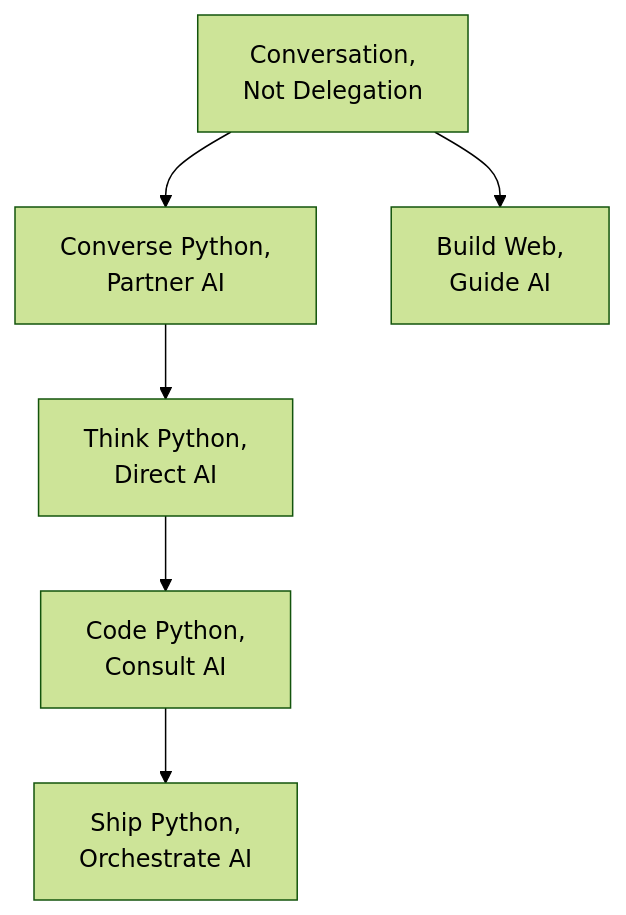
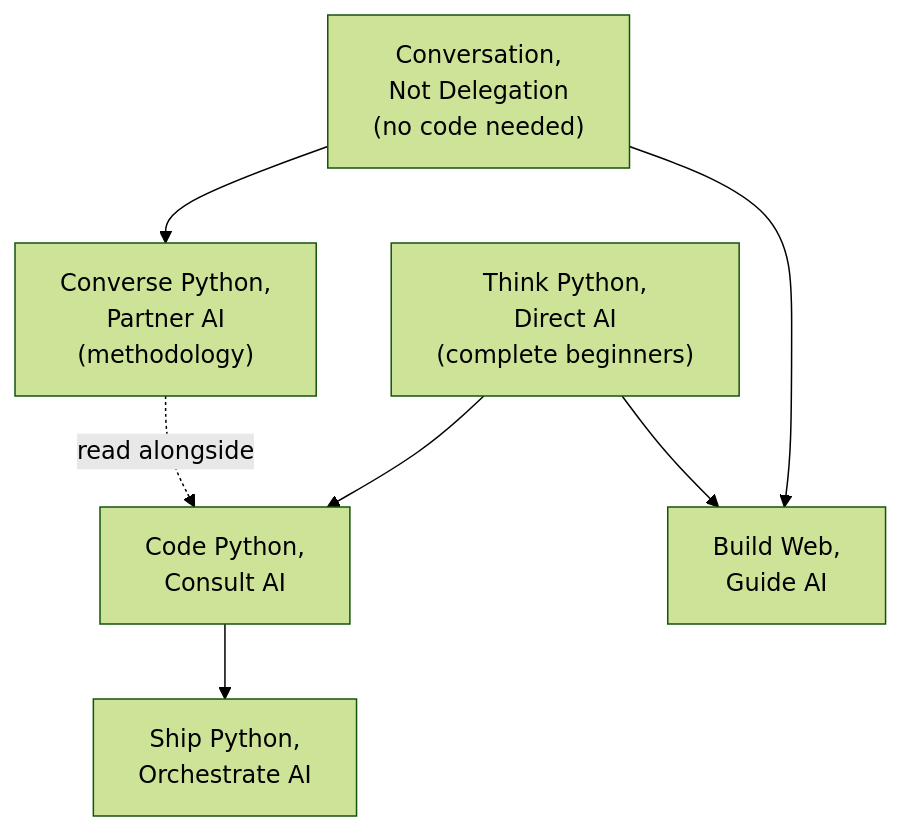
Before and after one commit to michael-borck/code-python-consult-ai: the diagram in index.qmd, drawn with Mermaid (forest theme). The commit also changed other lines of this file and 1 other file, not shown here.

````diff
--- a/index.qmd
+++ b/index.qmd
@@ -117,15 +117,16 @@
 ```{mermaid}
 %%| fig-width: 4
 flowchart TD
-    CND["Conversation,<br/>Not Delegation"]
-    CPPA["Converse Python,<br/>Partner AI"]
-    Think["Think Python,<br/>Direct AI"]
+    CND["Conversation,<br/>Not Delegation<br/>(no code needed)"]
+    Think["Think Python,<br/>Direct AI<br/>(complete beginners)"]
+    CPPA["Converse Python,<br/>Partner AI<br/>(methodology)"]
     Code["Code Python,<br/>Consult AI"]
     Ship["Ship Python,<br/>Orchestrate AI"]
     Web["Build Web,<br/>Guide AI"]
     CND --> CPPA
+    Think --> Code
+    CPPA -. read alongside .-> Code
+    Code --> Ship
     CND --> Web
-    CPPA --> Think
-    Think --> Code
-    Code --> Ship
+    Think --> Web
 ```
````
